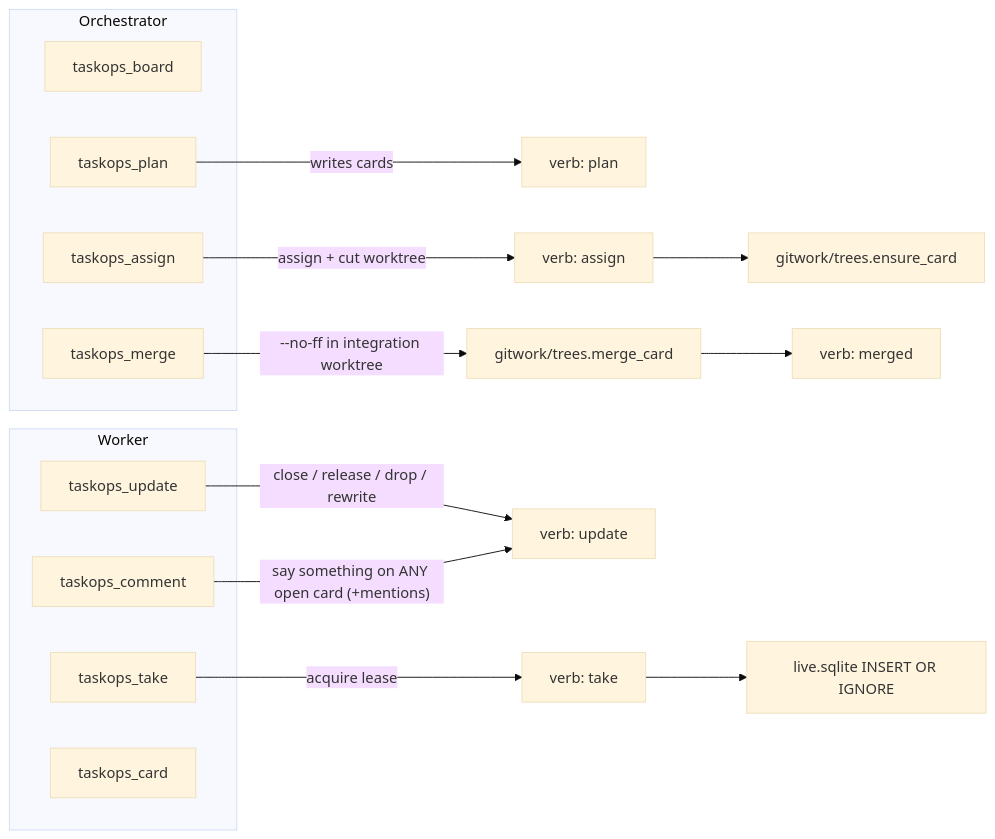
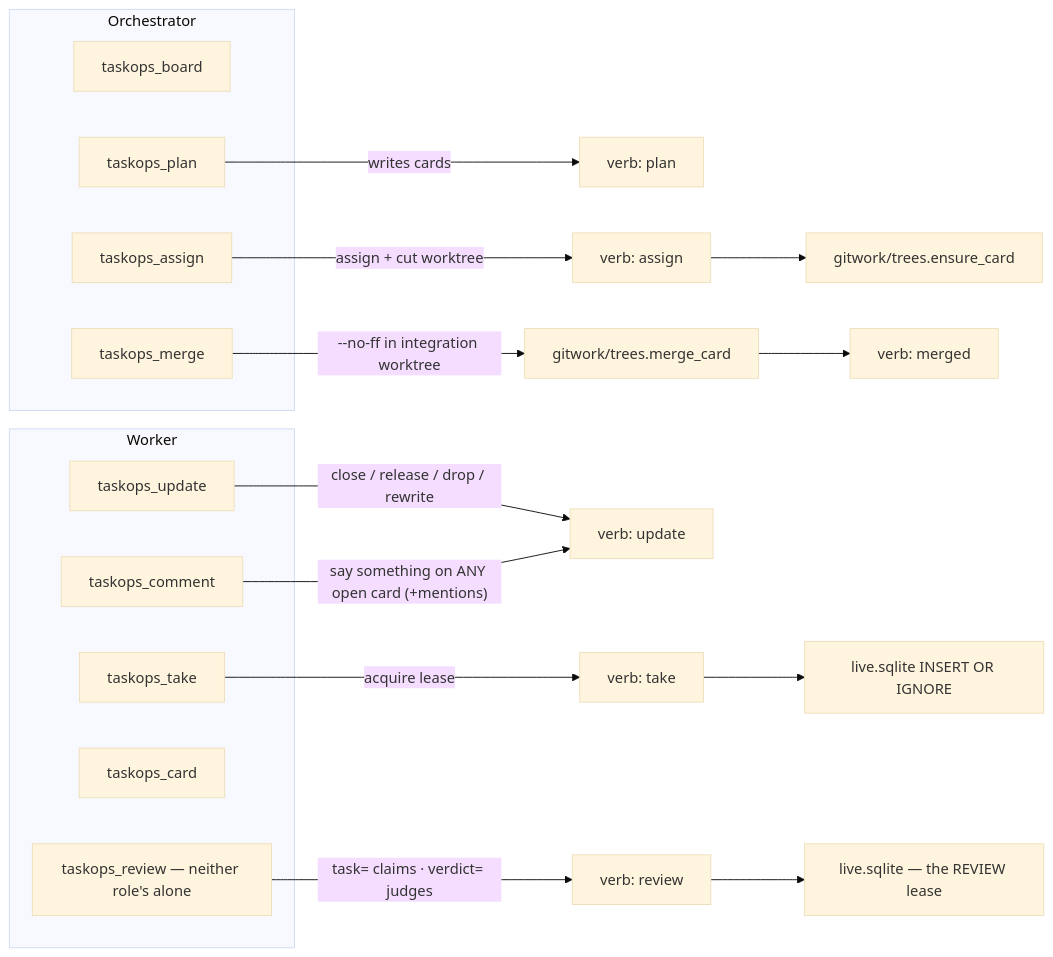
Before and after one commit to bernatch22/taskops: the fifth of 8 diagrams in ARCHITECTURE.md, drawn with Mermaid (base theme). The commit also changed other lines of this file and 5 other files, not shown here.

````diff
--- a/ARCHITECTURE.md
+++ b/ARCHITECTURE.md
@@ -312,21 +326,23 @@
 ```mermaid
 flowchart LR
     subgraph Orchestrator
         board_o["taskops_board"]
         plan_t["taskops_plan"]
         dispatch_t["taskops_assign"]
         merge_t["taskops_merge"]
     end
     subgraph Worker
         take_t["taskops_take"]
         update_t["taskops_update"]
         comment_t["taskops_comment"]
         card_t["taskops_card"]
+        review_t["taskops_review — neither role's alone"]
     end
     plan_t -->|"writes cards"| verbP["verb: plan"]
     dispatch_t -->|"assign + cut worktree"| verbA["verb: assign"] --> gitA["gitwork/trees.ensure_card"]
     take_t -->|"acquire lease"| verbT["verb: take"] --> liveT["live.sqlite INSERT OR IGNORE"]
     update_t -->|"close / release / drop / rewrite"| verbU["verb: update"]
     comment_t -->|"say something on ANY open card (+mentions)"| verbU
+    review_t -->|"task= claims · verdict= judges"| verbR["verb: review"] --> liveR["live.sqlite — the REVIEW lease"]
     merge_t -->|"--no-ff in integration worktree"| gitM["gitwork/trees.merge_card"] --> verbM["verb: merged"]
 ```
````
